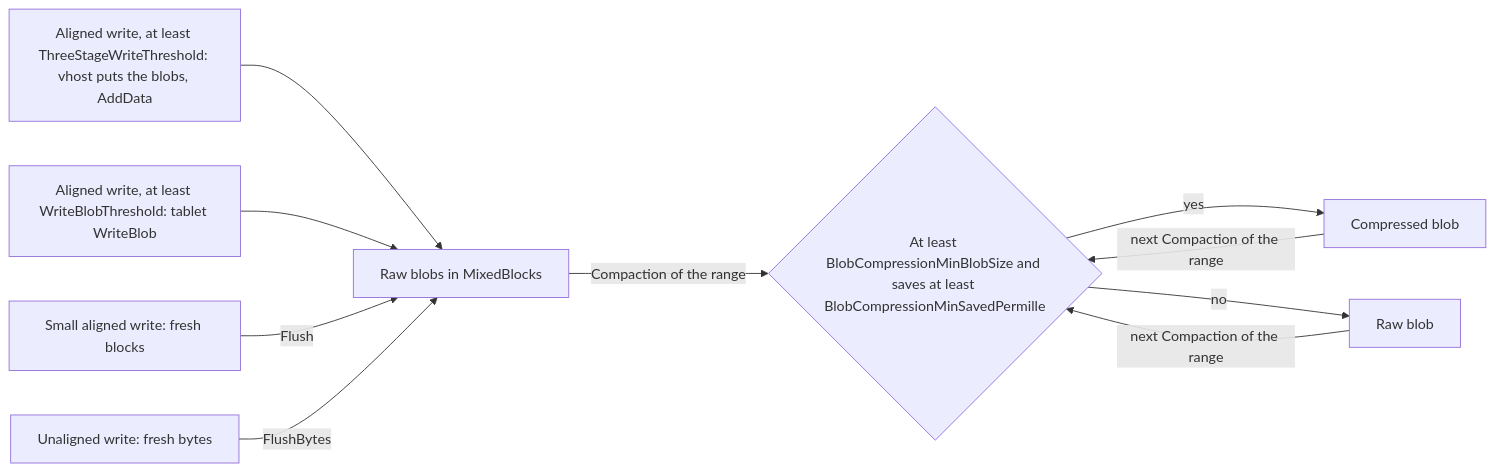
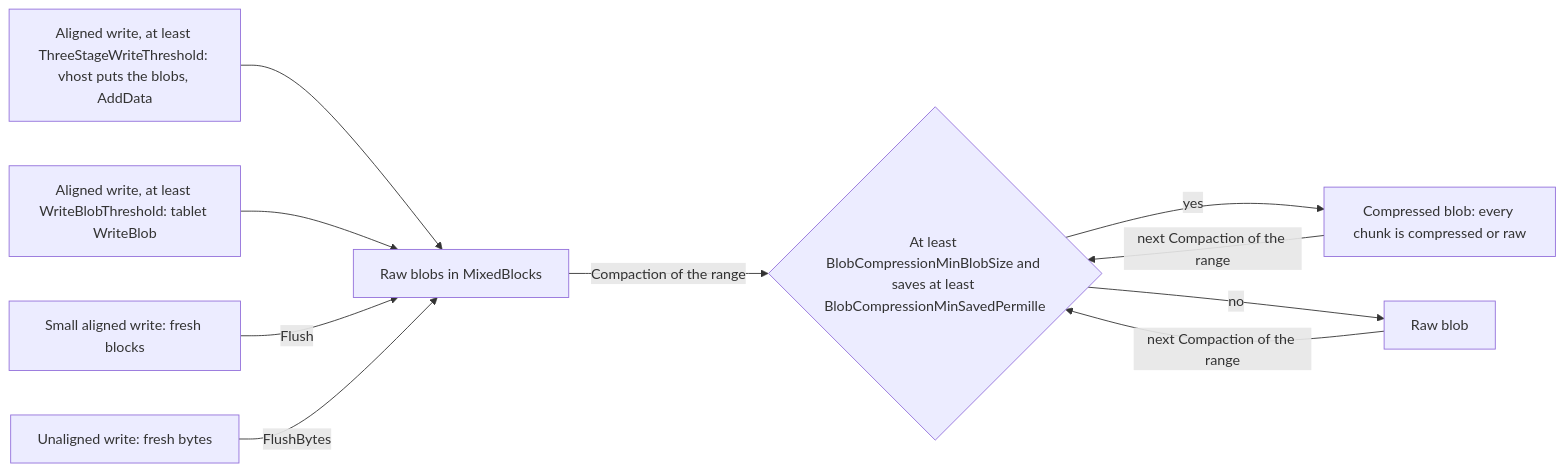
Before and after one commit to ydb-platform/nbs: the first of 3 diagrams in doc/filestore/design/storage/tablet/blob_compression.md, drawn with Mermaid. The commit also changed other lines of this file, not shown here.

````diff
--- a/doc/filestore/design/storage/tablet/blob_compression.md
+++ b/doc/filestore/design/storage/tablet/blob_compression.md
@@ -30,12 +28,12 @@
 ```mermaid
 flowchart LR
     W1["Aligned write, at least ThreeStageWriteThreshold: vhost puts the blobs, AddData"] --> RAW["Raw blobs in MixedBlocks"]
     W2["Aligned write, at least WriteBlobThreshold: tablet WriteBlob"] --> RAW
     W3["Small aligned write: fresh blocks"] -->|Flush| RAW
     W4["Unaligned write: fresh bytes"] -->|FlushBytes| RAW
     RAW -->|Compaction of the range| D{"At least BlobCompressionMinBlobSize and saves at least BlobCompressionMinSavedPermille"}
-    D -->|yes| CMP["Compressed blob"]
+    D -->|yes| CMP["Compressed blob: every chunk is compressed or raw"]
     D -->|no| RAW2["Raw blob"]
     CMP -->|next Compaction of the range| D
     RAW2 -->|next Compaction of the range| D
 ```
````
